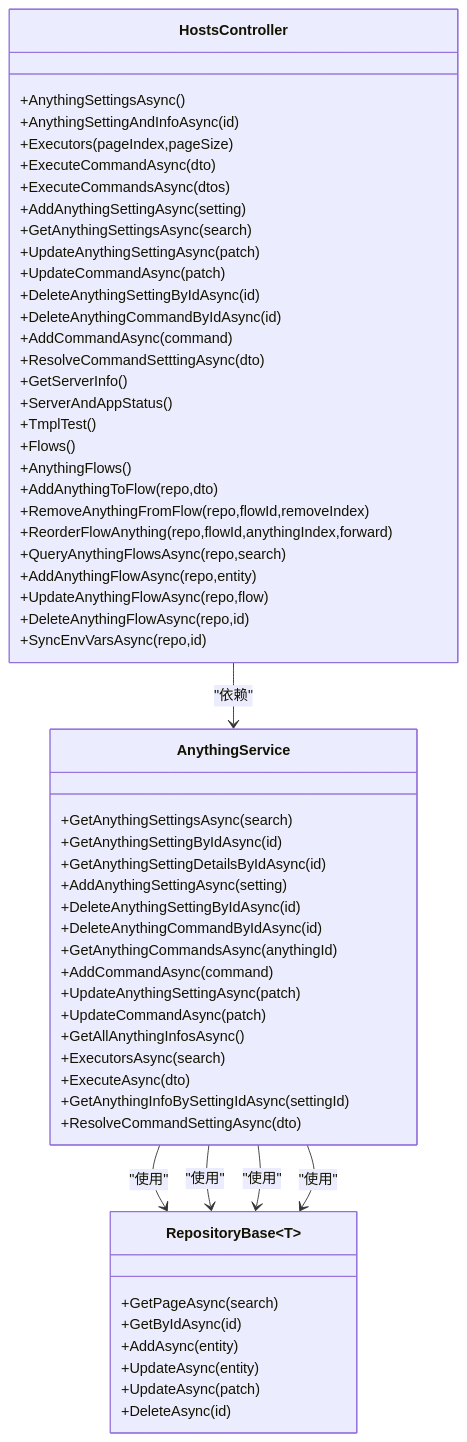
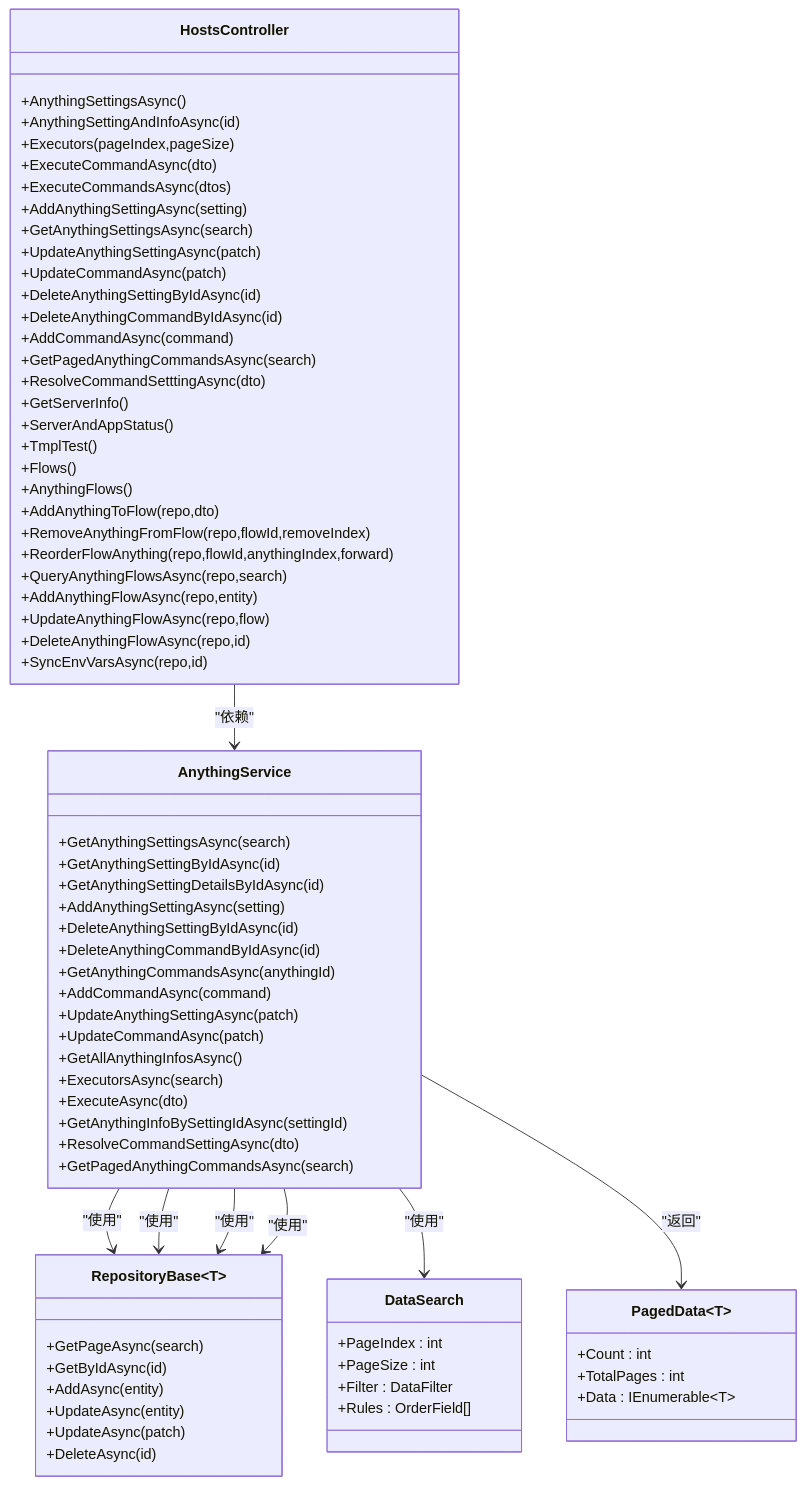
One commit to Sosososolong/AirGo changed the fifth of 5 diagrams in .qoder/repowiki/zh/content/API 接口文档/主机管理 API.md. Above: the diagram before and after it, drawn with Mermaid. The commit also changed other lines of this file and 9 other files, not shown here.

````diff
--- a/.qoder/repowiki/zh/content/API 接口文档/主机管理 API.md
+++ b/.qoder/repowiki/zh/content/API 接口文档/主机管理 API.md
@@ -372,61 +420,76 @@
 ```mermaid
 classDiagram
 class HostsController {
 +AnythingSettingsAsync()
 +AnythingSettingAndInfoAsync(id)
 +Executors(pageIndex,pageSize)
 +ExecuteCommandAsync(dto)
 +ExecuteCommandsAsync(dtos)
 +AddAnythingSettingAsync(setting)
 +GetAnythingSettingsAsync(search)
 +UpdateAnythingSettingAsync(patch)
 +UpdateCommandAsync(patch)
 +DeleteAnythingSettingByIdAsync(id)
 +DeleteAnythingCommandByIdAsync(id)
 +AddCommandAsync(command)
++GetPagedAnythingCommandsAsync(search)
 +ResolveCommandSetttingAsync(dto)
 +GetServerInfo()
 +ServerAndAppStatus()
 +TmplTest()
 +Flows()
 +AnythingFlows()
 +AddAnythingToFlow(repo,dto)
 +RemoveAnythingFromFlow(repo,flowId,removeIndex)
 +ReorderFlowAnything(repo,flowId,anythingIndex,forward)
 +QueryAnythingFlowsAsync(repo,search)
 +AddAnythingFlowAsync(repo,entity)
 +UpdateAnythingFlowAsync(repo,flow)
 +DeleteAnythingFlowAsync(repo,id)
 +SyncEnvVarsAsync(repo,id)
 }
 class AnythingService {
 +GetAnythingSettingsAsync(search)
 +GetAnythingSettingByIdAsync(id)
 +GetAnythingSettingDetailsByIdAsync(id)
 +AddAnythingSettingAsync(setting)
 +DeleteAnythingSettingByIdAsync(id)
 +DeleteAnythingCommandByIdAsync(id)
 +GetAnythingCommandsAsync(anythingId)
 +AddCommandAsync(command)
 +UpdateAnythingSettingAsync(patch)
 +UpdateCommandAsync(patch)
 +GetAllAnythingInfosAsync()
 +ExecutorsAsync(search)
 +ExecuteAsync(dto)
 +GetAnythingInfoBySettingIdAsync(settingId)
 +ResolveCommandSettingAsync(dto)
++GetPagedAnythingCommandsAsync(search)
 }
 class RepositoryBase~T~ {
 +GetPageAsync(search)
 +GetByIdAsync(id)
 +AddAsync(entity)
 +UpdateAsync(entity)
 +UpdateAsync(patch)
 +DeleteAsync(id)
 }
+class DataSearch {
++PageIndex : int
++PageSize : int
++Filter : DataFilter
++Rules : OrderField[]
+}
+class PagedData~T~ {
++Count : int
++TotalPages : int
++Data : IEnumerable~T~
+}
 HostsController --> AnythingService : "依赖"
 AnythingService --> RepositoryBase~AnythingSetting~ : "使用"
 AnythingService --> RepositoryBase~AnythingCommand~ : "使用"
 AnythingService --> RepositoryBase~AnythingExecutor~ : "使用"
 AnythingService --> RepositoryBase~AnythingFlow~ : "使用"
+AnythingService --> DataSearch : "使用"
+AnythingService --> PagedData~AnythingCommand~ : "返回"
 ```
````
